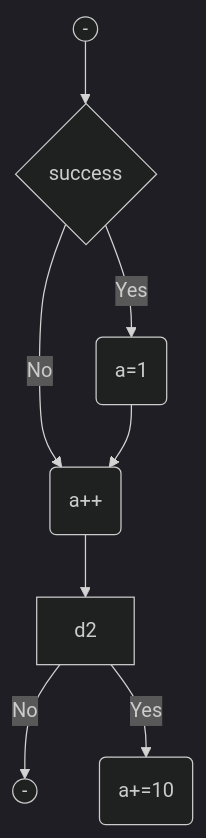
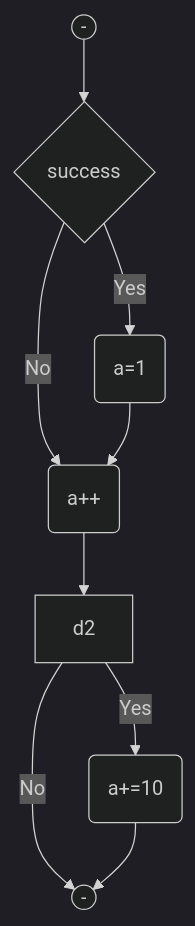
The eighth of 9 diagrams in docs/README.md (happimaker/lecture001), drawn with Mermaid (dark theme) before and after one commit. The commit also changed other lines of this file, not shown here.

````diff
--- a/docs/README.md
+++ b/docs/README.md
@@ -552,11 +611,12 @@
 ```mermaid
 graph TD
     start(("-")) --> d1{"success"}
     d1 -- No --> a2("a++")
     d1 -- Yes --> a1("a#equals;1")
     a1 --> a2
     a2 --> d2
     d2 -- No --> fin
     d2 -- Yes --> a3("a+#equals;10")
+    a3 --> fin
     fin(("-"))
 ```
````
